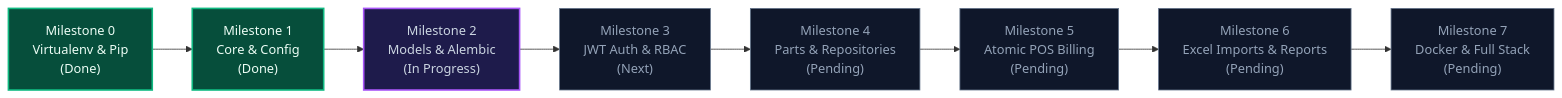
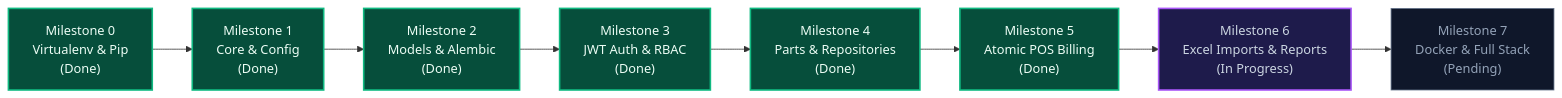
One commit to biswajit-rout/PartShop changed the diagram in docs/development-milestones.md. Above: the diagram before and after it, drawn with Mermaid. The commit also changed other lines of this file and 12 other files, not shown here.

Commit message:
Milestone 5: The Atomic POS Billing Engine.

````diff
--- a/docs/development-milestones.md
+++ b/docs/development-milestones.md
@@ -18,18 +18,18 @@
 ```mermaid
 flowchart LR
     M0["Milestone 0<br/>Virtualenv & Pip<br/>(Done)"] --> M1["Milestone 1<br/>Core & Config<br/>(Done)"]
-    M1 --> M2["Milestone 2<br/>Models & Alembic<br/>(In Progress)"]
-    M2 --> M3["Milestone 3<br/>JWT Auth & RBAC<br/>(Next)"]
-    M3 --> M4["Milestone 4<br/>Parts & Repositories<br/>(Pending)"]
-    M4 --> M5["Milestone 5<br/>Atomic POS Billing<br/>(Pending)"]
-    M5 --> M6["Milestone 6<br/>Excel Imports & Reports<br/>(Pending)"]
+    M1 --> M2["Milestone 2<br/>Models & Alembic<br/>(Done)"]
+    M2 --> M3["Milestone 3<br/>JWT Auth & RBAC<br/>(Done)"]
+    M3 --> M4["Milestone 4<br/>Parts & Repositories<br/>(Done)"]
+    M4 --> M5["Milestone 5<br/>Atomic POS Billing<br/>(Done)"]
+    M5 --> M6["Milestone 6<br/>Excel Imports & Reports<br/>(In Progress)"]
     M6 --> M7["Milestone 7<br/>Docker & Full Stack<br/>(Pending)"]
 
     classDef done fill:#064e3b,stroke:#10b981,stroke-width:2px,color:#ecfdf5;
     classDef current fill:#1e1b4b,stroke:#a855f7,stroke-width:2px,color:#cbd5e1;
     classDef pending fill:#0f172a,stroke:#64748b,stroke-width:1px,color:#94a3b8;
 
-    class M0,M1 done;
-    class M2 current;
-    class M3,M4,M5,M6,M7 pending;
+    class M0,M1,M2,M3,M4,M5 done;
+    class M6 current;
+    class M7 pending;
 ```
````
